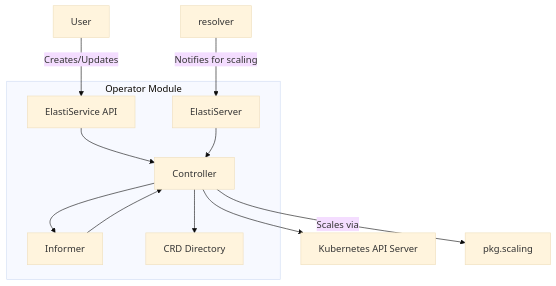
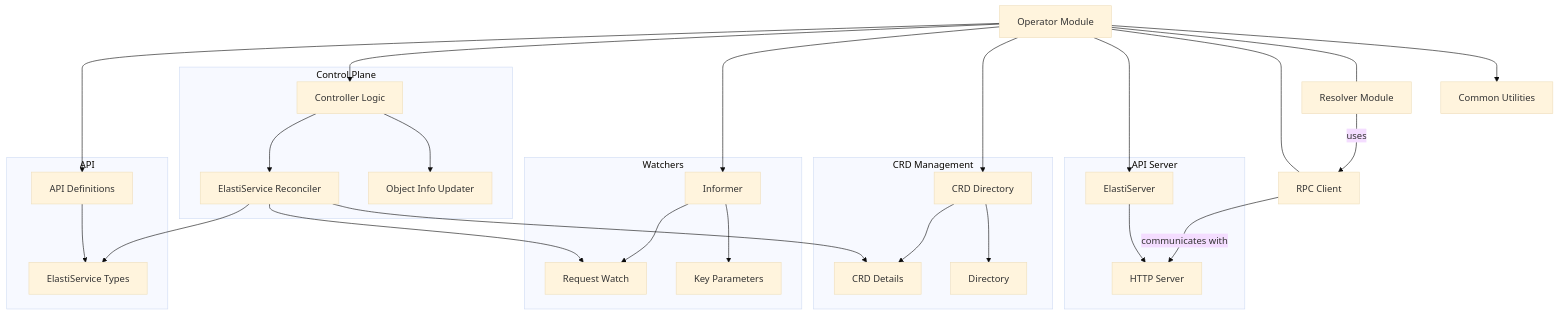
Before and after one commit to ShreyasPatel031/CodeWiki: the diagram in demo/repos/KubeElasti/operator.md, drawn with Mermaid (base theme). The commit also changed other lines of this file and 55 other files, not shown here.

````diff
--- a/demo/repos/KubeElasti/operator.md
+++ b/demo/repos/KubeElasti/operator.md
@@ -11,28 +9,71 @@
 ```mermaid
 graph TD
-    User -->|Creates/Updates| API[ElastiService API]
-    API --> Controller[Controller]
-    Controller --> K8sAPI[Kubernetes API Server]
-    Controller --> Informer[Informer]
-    Informer --> Controller
-    Controller -->|Scales via| Scaling[pkg.scaling]
-    Controller --> CRDDirectory[CRD Directory]
-    ElastiServer[ElastiServer] --> Controller
-    Resolver[resolver] -->|Notifies for scaling| ElastiServer
+    operator[Operator Module]
 
-    subgraph Operator Module
-        API
-        Controller
-        Informer
-        CRDDirectory
-        ElastiServer
+    subgraph API
+        operator_api[API Definitions]
+        elastiservice_types[ElastiService Types]
     end
 
-    click API "api.md" "View API Documentation"
-    click Controller "controller.md" "View Controller Documentation"
-    click Informer "informer.md" "View Informer Documentation"
-    click CRDDirectory "crddirectory.md" "View CRD Directory Documentation"
-    click ElastiServer "elastiserver.md" "View ElastiServer Documentation"
-    click Scaling "scaling.md" "View Scaling Module Documentation"
-    click Resolver "resolver.md" "View Resolver Module Documentation"
+    subgraph Control Plane
+        operator_controller[Controller Logic]
+        elastiservice_reconciler[ElastiService Reconciler]
+        obj_info_updater[Object Info Updater]
+    end
+
+    subgraph Watchers
+        operator_informer[Informer]
+        request_watch[Request Watch]
+        key_params[Key Parameters]
+    end
+
+    subgraph CRD Management
+        operator_crddirectory[CRD Directory]
+        crd_details[CRD Details]
+        directory[Directory]
+    end
+
+    subgraph API Server
+        operator_elastiserver[ElastiServer]
+        server[HTTP Server]
+    end
+
+    operator_api --> elastiservice_types
+    operator_controller --> elastiservice_reconciler
+    operator_controller --> obj_info_updater
+    operator_informer --> request_watch
+    operator_informer --> key_params
+    operator_crddirectory --> crd_details
+    operator_crddirectory --> directory
+    operator_elastiserver --> server
+
+    operator --> operator_api
+    operator --> operator_controller
+    operator --> operator_informer
+    operator --> operator_crddirectory
+    operator --> operator_elastiserver
+
+    elastiservice_reconciler --> elastiservice_types
+    elastiservice_reconciler --> request_watch
+    elastiservice_reconciler --> crd_details
+
+    resolver_client[RPC Client]
+    resolver[Resolver Module]
+
+    resolver_client -- communicates with --> server
+    resolver -- uses --> resolver_client
+
+    operator --- resolver_client
+    operator --- resolver
+
+    pkg[Common Utilities]
+    operator --> pkg
+
+    click operator_api "operator_api.md" "View Operator API Module"
+    click operator_controller "operator_controller.md" "View Operator Controller Module"
+    click operator_informer "operator_informer.md" "View Operator Informer Module"
+    click operator_crddirectory "operator_crddirectory.md" "View Operator CRD Directory Module"
+    click operator_elastiserver "operator_elastiserver.md" "View Operator ElastiServer Module"
+    click resolver "resolver.md" "View Resolver Module"
+    click pkg "pkg.md" "View Pkg Module"
 ```
````
